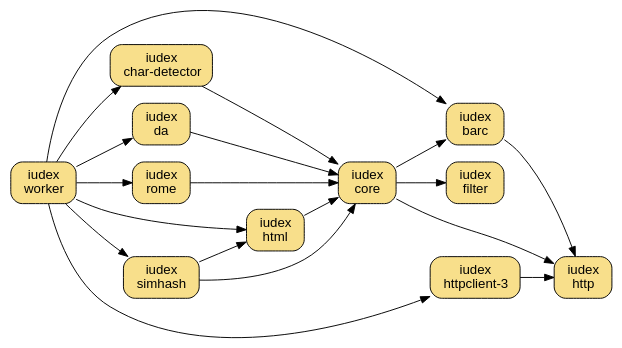
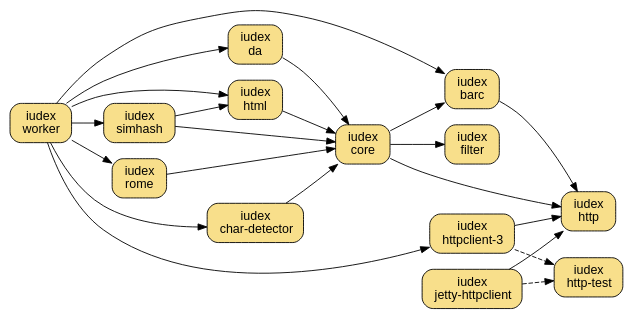
One commit to dekellum/iudex changed the diagram in www/_dot/iudex.dot. Above: the diagram before and after it, drawn with Graphviz.

Commit message:
jetty-httpclient: Add (+iudex-http-test) to iudex.dot diagram

```diff
--- a/www/_dot/iudex.dot
+++ b/www/_dot/iudex.dot
@@ -1,71 +1,73 @@
 digraph "iudex-gems" {
-  rankdir=LR
+  rankdir=LR;
   size="6.5,4";
   bgcolor="transparent";
   node [ shape=box, style="filled,rounded", fillcolor="#f8df8b",
          fontname="Arial",  margin="0.2,0.1" ];
 
   barc        [ label=<iudex<br/>barc>, target=_parent, URL="../barc.html" ];
   char_detect [ label=<iudex<br/>char-detector> ];
   core        [ label=<iudex<br/>core> ];
   da          [ label=<iudex<br/>da>, target=_parent, URL="../da/index.html" ]
   filter      [ label=<iudex<br/>filter> ];
   html        [ label=<iudex<br/>html> ];
   rome        [ label=<iudex<br/>rome> ];
   simhash     [ label=<iudex<br/>simhash> ];
   worker      [ label=<iudex<br/>worker> ];
 
-  subgraph cluster_http {
-    style=invis;
+# subgraph cluster_http { style=invis };
+  http             [ label=<iudex<br/>http> ];
+  httpclient_3     [ label=<iudex<br/>httpclient-3<br/>> ];
+  jetty_httpclient [ label=<iudex<br/>jetty-httpclient<br/>> ];
+  http_test        [ label=<iudex<br/>http-test> ];
 
-    http         [ label=<iudex<br/>http> ];
-    httpclient_3 [ label=<iudex<br/>httpclient-3<br/>> ];
-
-    httpclient_3 -> http
-  }
+  httpclient_3     -> http
+  httpclient_3     -> http_test [ style=dashed ];
+  jetty_httpclient -> http
+  jetty_httpclient -> http_test [ style=dashed ];
 
   barc        -> http
   char_detect -> core
   core        -> barc
   core        -> filter
   core        -> http
   da          -> core
   html        -> core
   rome        -> core
   simhash     -> core
   simhash     -> html
   worker      -> barc
   worker      -> char_detect
   worker      -> da
   worker      -> html
   worker      -> httpclient_3
   worker      -> rome
   worker      -> simhash
 
 #  barc        -> "gravitext-util"
 #  barc        -> "rjack-slf4j"
 #  char_detect -> filter
 #  core        -> "gravitext-util"
 #  core        -> "rjack-logback"
 #  core        -> "rjack-slf4j"
 #  core        -> simhash
 #  da          -> "gravitext-util"
 #  da          -> "rjack-slf4j"
 #  da          -> filter
 #  filter      -> "gravitext-util"
 #  filter      -> "rjack-logback"
 #  filter      -> "rjack-slf4j"
 #  html        -> filter
 #  http        -> "gravitext-util"
 #  http        -> "rjack-slf4j"
 #  simhash     -> filter
 #  worker      -> core
 
 #  sitemap [ style="rounded,dashed" ];
 #  sitemap [ target=_parent, URL="../sitemap.html" ];
 #  sitemap -> core
 
 #  publisher [ style="rounded,dashed" ];
 #  publisher -> da
 #  publisher -> barc
 }
```
